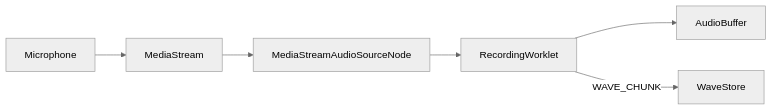
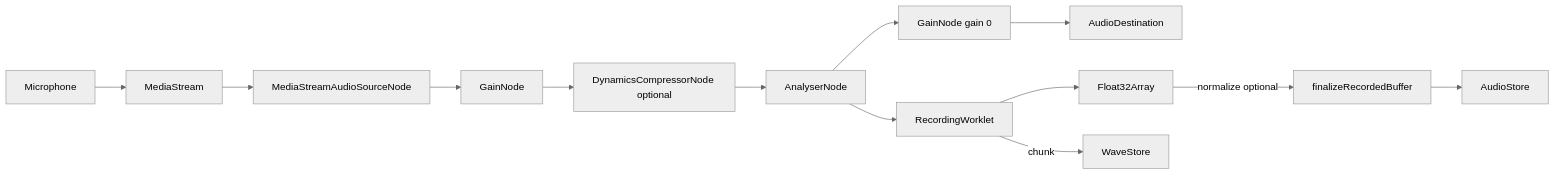
The second of 6 diagrams in docs/web-design.md (okathira-dev/opencollidoscope-web), drawn with Mermaid (neutral theme) before and after one commit. The commit also changed other lines of this file and 15 other files, not shown here.

````diff
--- a/docs/web-design.md
+++ b/docs/web-design.md
@@ -91,8 +91,15 @@
 ```mermaid
 flowchart LR
     Mic[Microphone] --> Stream[MediaStream]
     Stream --> Source[MediaStreamAudioSourceNode]
-    Source --> RecWorklet[RecordingWorklet]
-    RecWorklet --> Buffer[AudioBuffer]
-    RecWorklet -->|WAVE_CHUNK| WaveStore
+    Source --> InputGain[GainNode]
+    InputGain --> Compressor[DynamicsCompressorNode optional]
+    Compressor --> InputAnalyser[AnalyserNode]
+    InputAnalyser --> RecWorklet[RecordingWorklet]
+    InputAnalyser --> SilentGain[GainNode gain 0]
+    SilentGain --> Dest[AudioDestination]
+    RecWorklet --> Buffer[Float32Array]
+    RecWorklet -->|chunk| WaveStore
+    Buffer -->|normalize optional| Finalize[finalizeRecordedBuffer]
+    Finalize --> AudioStore
 ```
````
